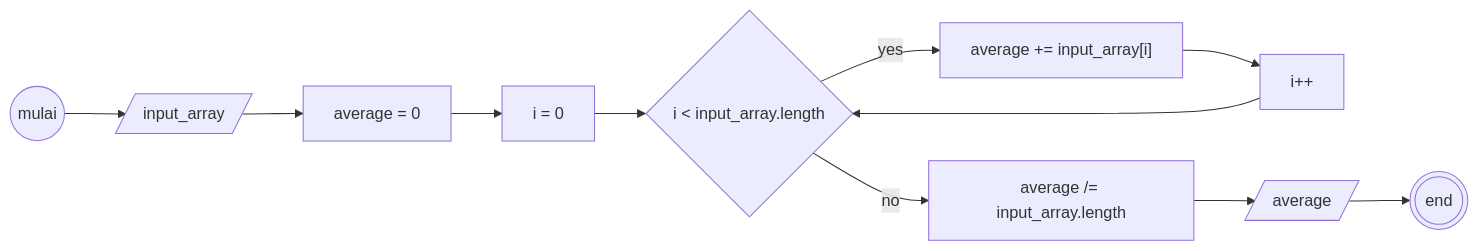
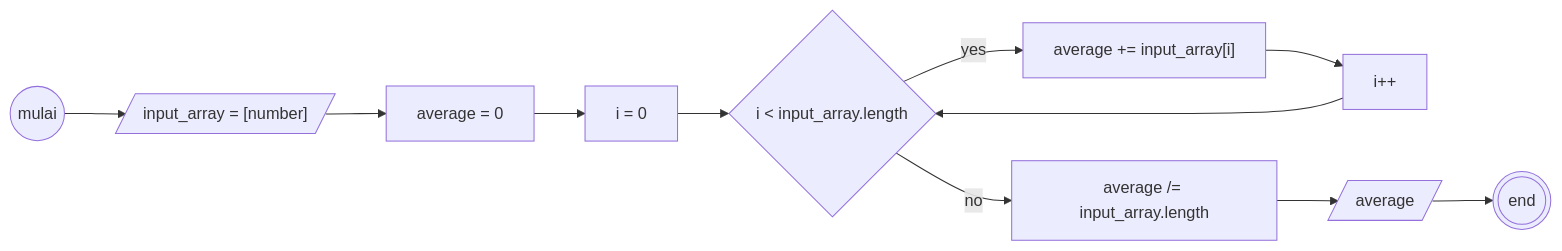
One commit to daberpro/koda-b10-javascript4 changed the third of 3 diagrams in README.md. Above: the diagram before and after it, drawn with Mermaid. The commit also changed other lines of this file, not shown here.

Commit message:
Update README with new section headers and diagrams

````diff
--- a/README.md
+++ b/README.md
@@ -72,33 +74,34 @@
 ```mermaid
 
 flowchart LR
     Start((mulai))
 
-    InputArray[/input_array/]
+    InputArray[/"input_array = [number]"/]
     Avg[average = 0]
     AvgAssign[average /= input_array.length]
+    
     
     AssignAvg["average += input_array[i]"]
     
     I[i = 0]
     TambahI[i++]
     CekI{i < input_array.length}
 
     CetakHasil[/average/]
 
     End(((end)))
 
     Start --> InputArray
     InputArray --> Avg
 
     Avg --> I 
     I --> CekI
     CekI --> |yes|AssignAvg
     AssignAvg --> TambahI
     TambahI --> CekI
 
     CekI --> |no| AvgAssign
     AvgAssign --> CetakHasil
     CetakHasil --> End
 
 ```
````
